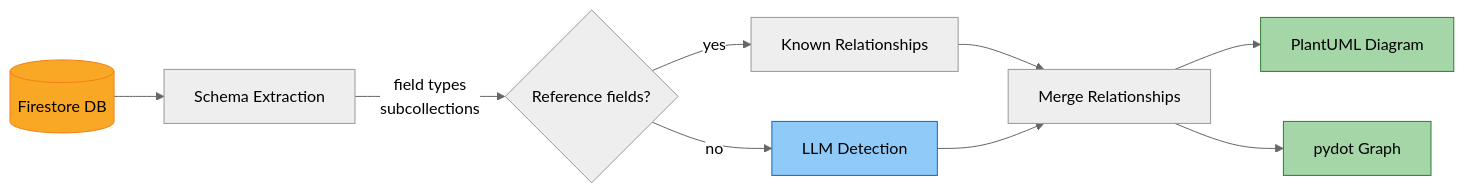
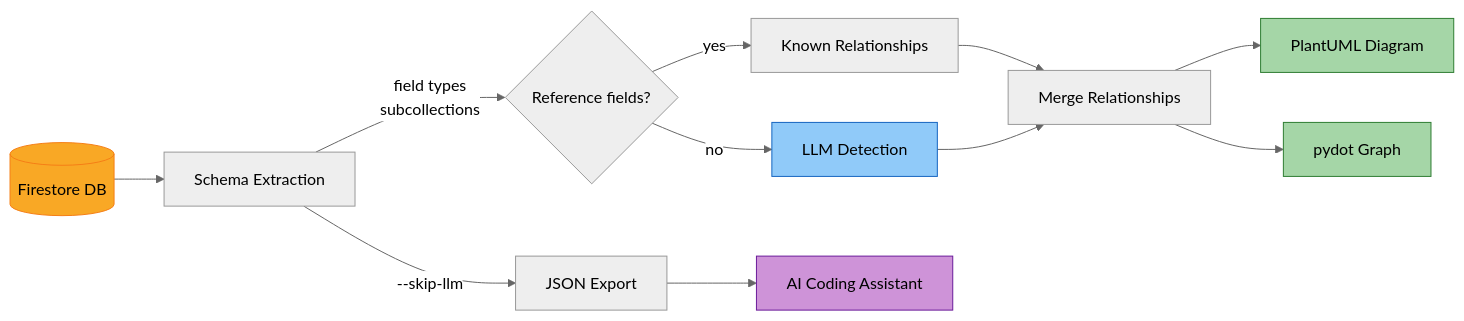
One commit to analyticalmonk/firestore-schema-visualizer changed the diagram in README.md. Above: the diagram before and after it, drawn with Mermaid (neutral theme). The commit also changed other lines of this file and 1 other file, not shown here.

First line of the commit message:
docs: add AI coding assistant workflow for schema analysis

````diff
--- a/README.md
+++ b/README.md
@@ -7,16 +7,19 @@
 ```mermaid
 graph LR
     A[(Firestore DB)] --> B[Schema Extraction]
     B --> |"field types\nsubcollections"| C{Reference fields?}
     C --> |yes| D[Known Relationships]
     C --> |no| E[LLM Detection]
     D --> F[Merge Relationships]
     E --> F
     F --> G[PlantUML Diagram]
     F --> H[pydot Graph]
+    B --> |--skip-llm| I[JSON Export]
+    I --> J[AI Coding Assistant]
 
     style A fill:#f9a825,stroke:#f57f17,color:#000
     style E fill:#90caf9,stroke:#1565c0,color:#000
     style G fill:#a5d6a7,stroke:#2e7d32,color:#000
     style H fill:#a5d6a7,stroke:#2e7d32,color:#000
+    style J fill:#ce93d8,stroke:#6a1b9a,color:#000
 ```
````
